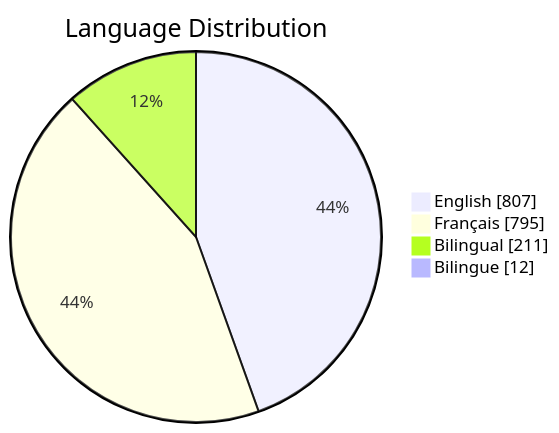
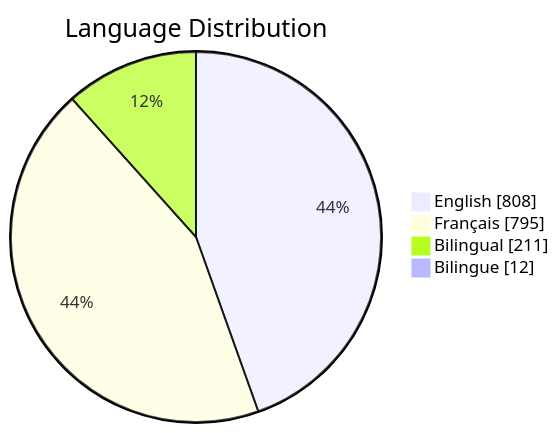
One commit to PatLittle/GC-Socials changed the third of 6 diagrams in README.md. Above: the diagram before and after it, drawn with Mermaid. The commit also changed other lines of this file, not shown here.

Commit message:
Update README with Platform Distribution pie chart

````diff
--- a/README.md
+++ b/README.md
@@ -63,7 +63,7 @@
 ```mermaid
 pie showData title Language Distribution
-    "English": 807
+    "English": 808
     "Français": 795
     "Bilingual": 211
     "Bilingue": 12
 ```
````
